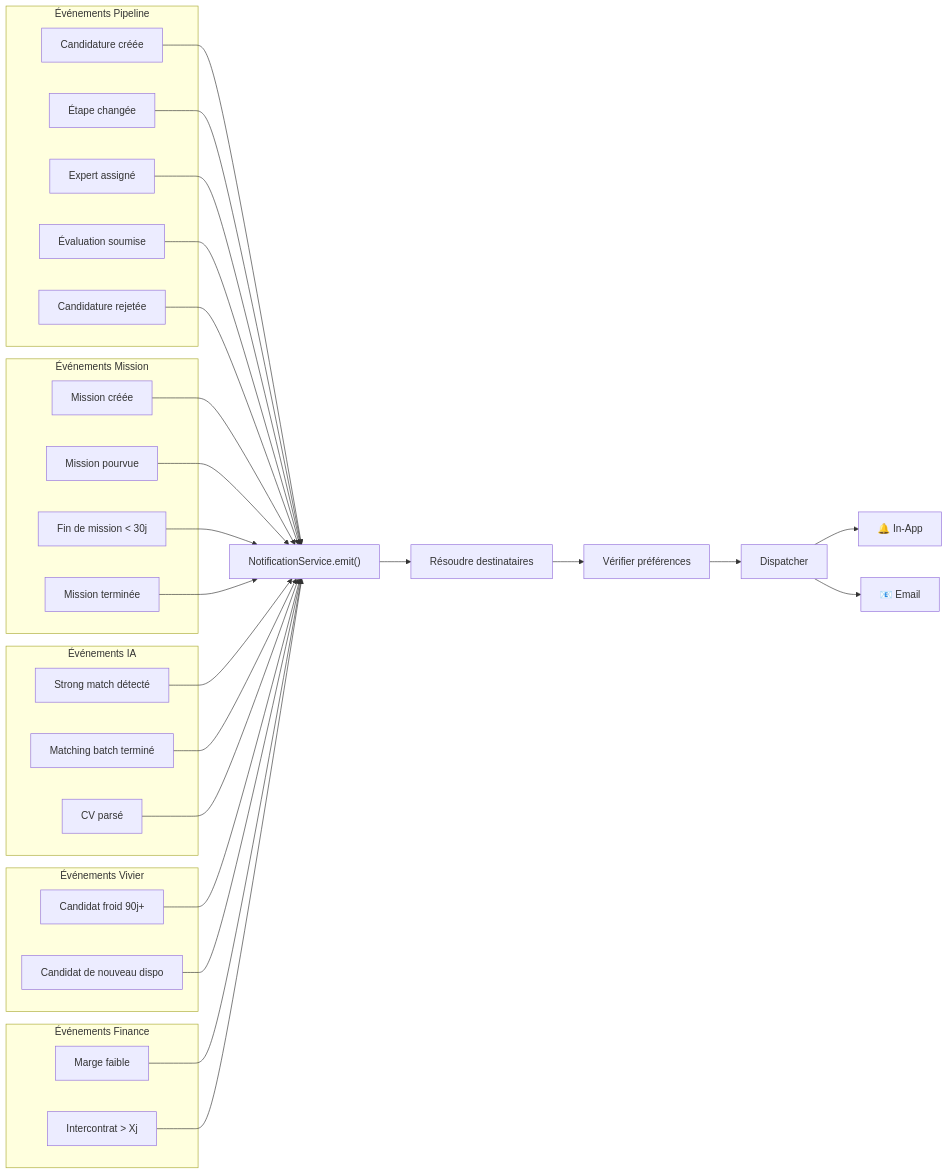
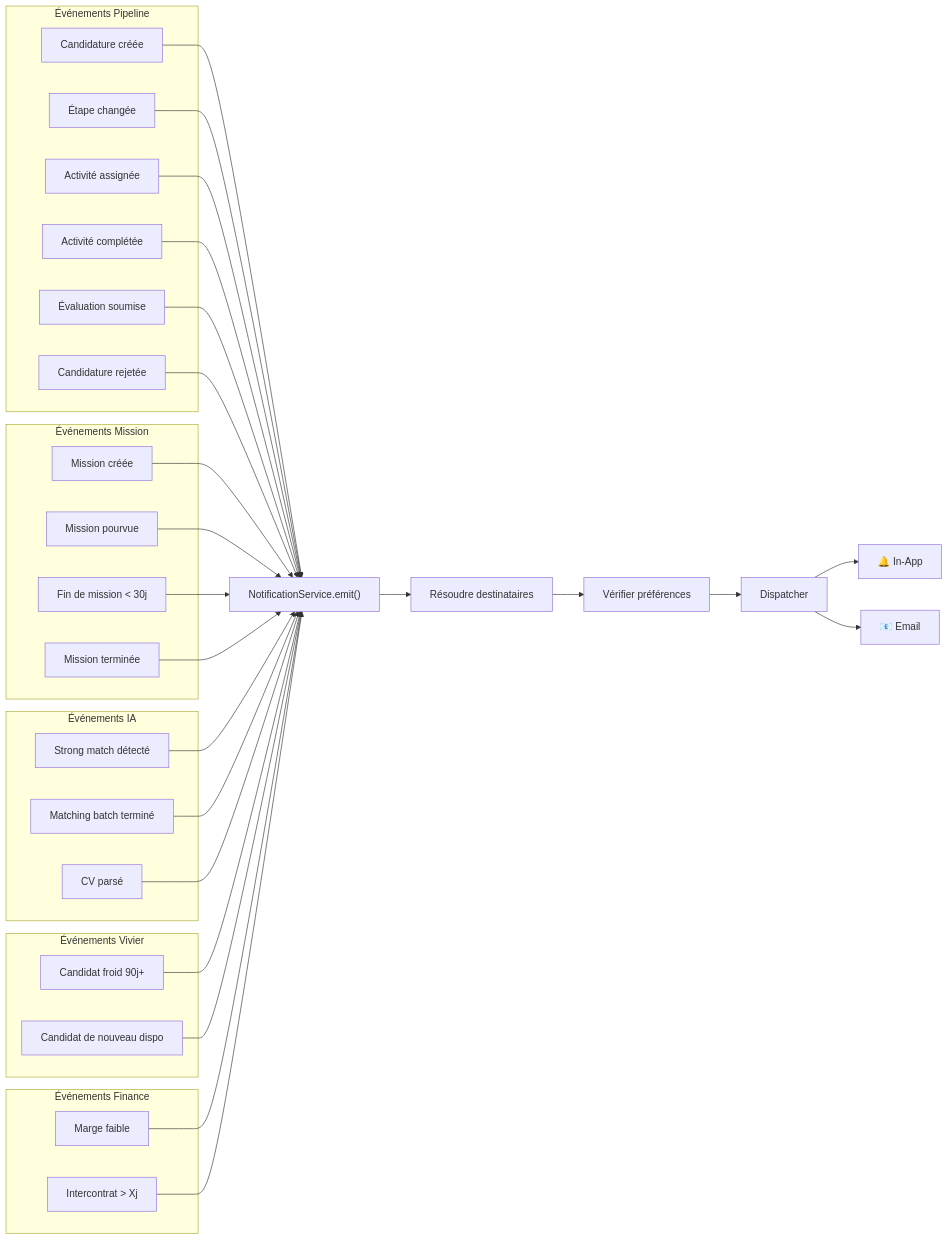
The second of 2 diagrams in docs/diagrams/sequences/notification-dispatch.md (MisterRaymond/staffing-ai-architecture), drawn with Mermaid before and after one commit. The commit also changed other lines of this file and 6 other files, not shown here.

````diff
--- a/docs/diagrams/sequences/notification-dispatch.md
+++ b/docs/diagrams/sequences/notification-dispatch.md
@@ -66,47 +67,48 @@
 ```mermaid
 graph LR
     subgraph "Événements Pipeline"
         E1["Candidature créée"]
         E2["Étape changée"]
-        E3["Expert assigné"]
-        E4["Évaluation soumise"]
-        E5["Candidature rejetée"]
+        E3["Activité assignée"]
+        E4["Activité complétée"]
+        E5["Évaluation soumise"]
+        E6["Candidature rejetée"]
     end
 
     subgraph "Événements Mission"
-        E6["Mission créée"]
-        E7["Mission pourvue"]
-        E8["Fin de mission < 30j"]
-        E9["Mission terminée"]
+        E7["Mission créée"]
+        E8["Mission pourvue"]
+        E9["Fin de mission < 30j"]
+        E10["Mission terminée"]
     end
 
     subgraph "Événements IA"
-        E10["Strong match détecté"]
-        E11["Matching batch terminé"]
-        E12["CV parsé"]
+        E11["Strong match détecté"]
+        E12["Matching batch terminé"]
+        E13["CV parsé"]
     end
 
     subgraph "Événements Vivier"
-        E13["Candidat froid 90j+"]
-        E14["Candidat de nouveau dispo"]
+        E14["Candidat froid 90j+"]
+        E15["Candidat de nouveau dispo"]
     end
 
     subgraph "Événements Finance"
-        E15["Marge faible"]
-        E16["Intercontrat > Xj"]
+        E16["Marge faible"]
+        E17["Intercontrat > Xj"]
     end
 
     NS["NotificationService.emit()"]
 
-    E1 & E2 & E3 & E4 & E5 --> NS
-    E6 & E7 & E8 & E9 --> NS
-    E10 & E11 & E12 --> NS
-    E13 & E14 --> NS
-    E15 & E16 --> NS
+    E1 & E2 & E3 & E4 & E5 & E6 --> NS
+    E7 & E8 & E9 & E10 --> NS
+    E11 & E12 & E13 --> NS
+    E14 & E15 --> NS
+    E16 & E17 --> NS
 
     NS --> RESOLVE["Résoudre destinataires"]
     RESOLVE --> PREFS["Vérifier préférences"]
     PREFS --> DISPATCH["Dispatcher"]
     DISPATCH --> INAPP["🔔 In-App"]
     DISPATCH --> EMAILC["📧 Email"]
 ```
````
